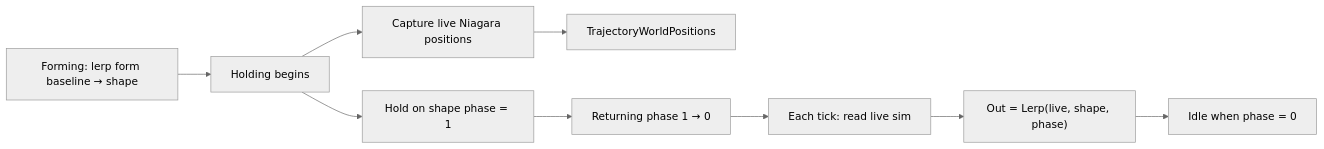
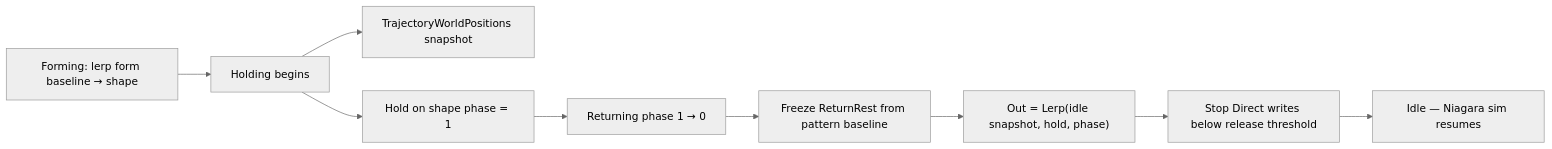
Before and after one commit to vecnode/metaagent-ue5-plugin: diagram 12 of 14 in README.md, drawn with Mermaid (neutral theme). The commit also changed other lines of this file and 17 other files, not shown here.

````diff
--- a/README.md
+++ b/README.md
@@ -763,11 +773,11 @@
 ```mermaid
 flowchart LR
     FORM[Forming: lerp form baseline → shape] --> HOLD[Holding begins]
-    HOLD --> CAP[Capture live Niagara positions]
-    CAP --> TRAJ[TrajectoryWorldPositions]
+    HOLD --> TRAJ[TrajectoryWorldPositions snapshot]
     HOLD --> LOCK[Hold on shape phase = 1]
     LOCK --> RET[Returning phase 1 → 0]
-    RET --> LIVE[Each tick: read live sim]
-    LIVE --> OUT["Out = Lerp(live, shape, phase)"]
-    OUT --> IDLE[Idle when phase = 0]
+    RET --> FREEZE[Freeze ReturnRest from pattern baseline]
+    FREEZE --> OUT["Out = Lerp(idle snapshot, hold, phase)"]
+    OUT --> RELEASE[Stop Direct writes below release threshold]
+    RELEASE --> IDLE[Idle — Niagara sim resumes]
 ```
````
